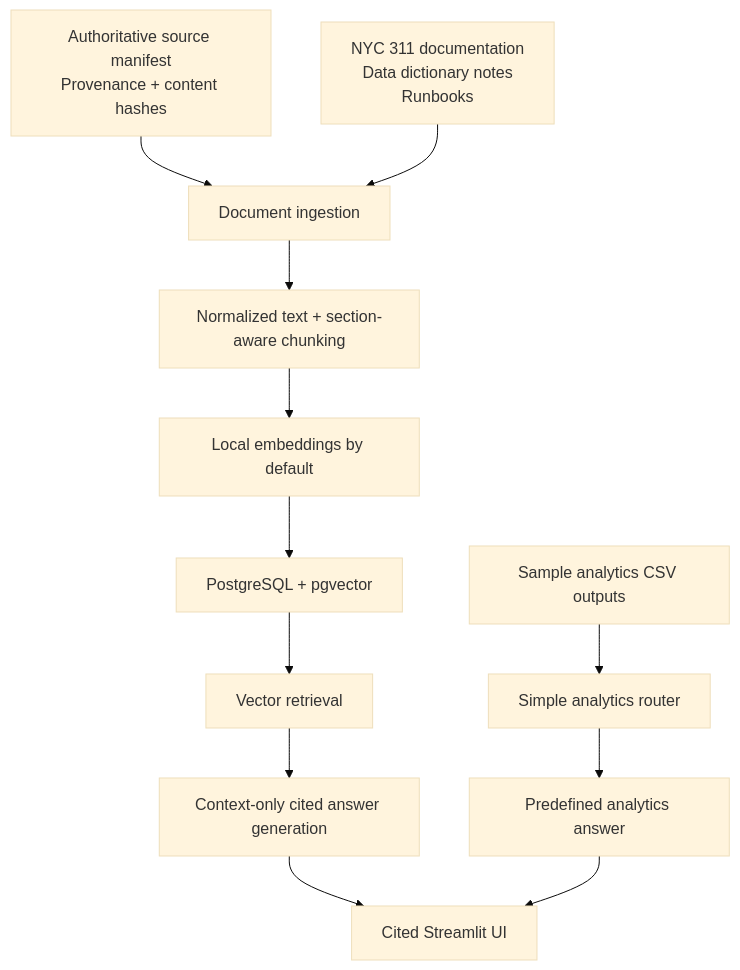
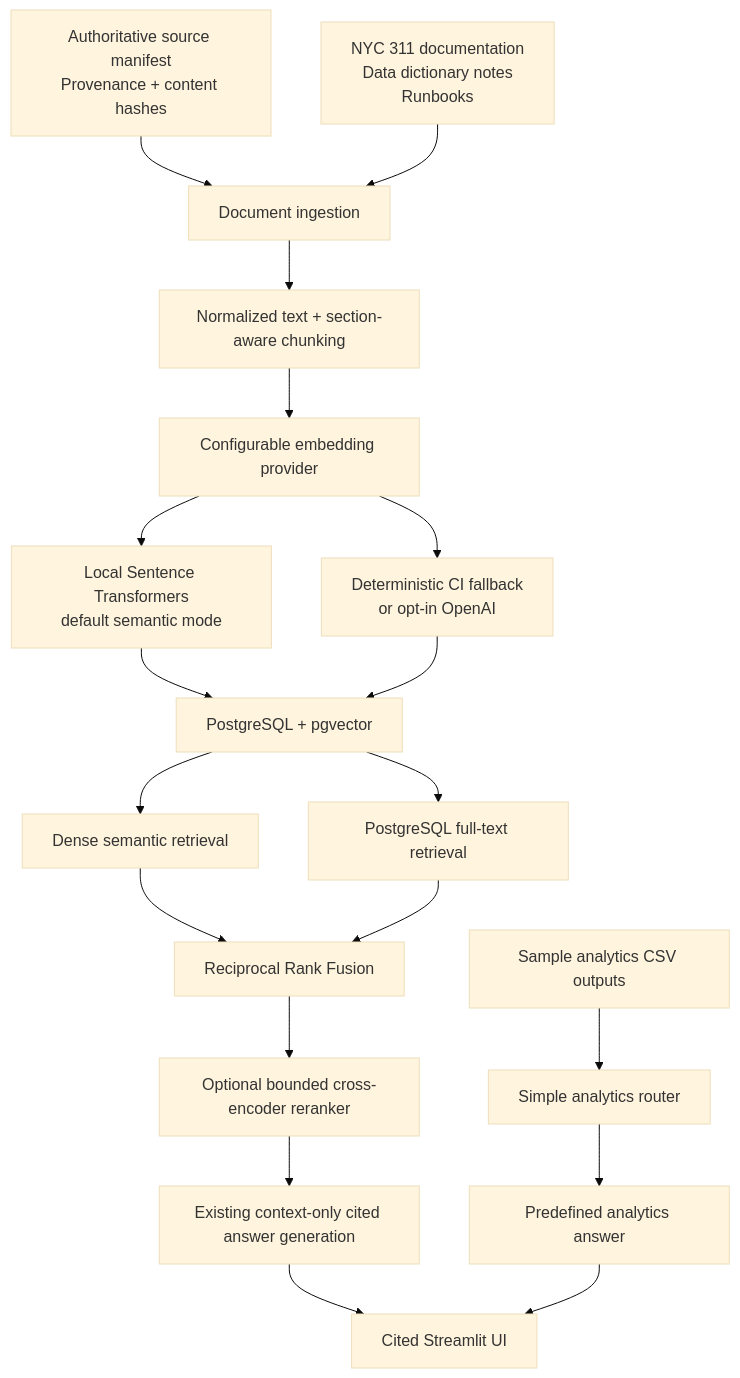
The diagram in docs/architecture.md (rihua-tech/civiclens-rag-nyc311), drawn with Mermaid (base theme) before and after one commit. The commit also changed other lines of this file and 29 other files, not shown here.

Commit message:
Add semantic hybrid retrieval and reranking

````diff
--- a/docs/architecture.md
+++ b/docs/architecture.md
@@ -3,19 +3,26 @@
 ```mermaid
 flowchart TD
     docs["NYC 311 documentation<br/>Data dictionary notes<br/>Runbooks"]
     manifest["Authoritative source manifest<br/>Provenance + content hashes"]
     samples["Sample analytics CSV outputs"]
 
     manifest --> ingestion
     docs --> ingestion["Document ingestion"]
     ingestion --> chunking["Normalized text + section-aware chunking"]
-    chunking --> embeddings["Local embeddings by default"]
-    embeddings --> store["PostgreSQL + pgvector"]
-    store --> retrieval["Vector retrieval"]
-    retrieval --> answer["Context-only cited answer generation"]
+    chunking --> provider["Configurable embedding provider"]
+    provider --> semantic["Local Sentence Transformers<br/>default semantic mode"]
+    provider --> fallback["Deterministic CI fallback<br/>or opt-in OpenAI"]
+    semantic --> pgvector["PostgreSQL + pgvector"]
+    fallback --> pgvector
+    pgvector --> dense["Dense semantic retrieval"]
+    pgvector --> lexical["PostgreSQL full-text retrieval"]
+    dense --> rrf["Reciprocal Rank Fusion"]
+    lexical --> rrf
+    rrf --> reranker["Optional bounded cross-encoder reranker"]
+    reranker --> answer["Existing context-only cited answer generation"]
     answer --> ui["Cited Streamlit UI"]
 
     samples --> router["Simple analytics router"]
     router --> analyticsAnswer["Predefined analytics answer"]
     analyticsAnswer --> ui
 ```
````
